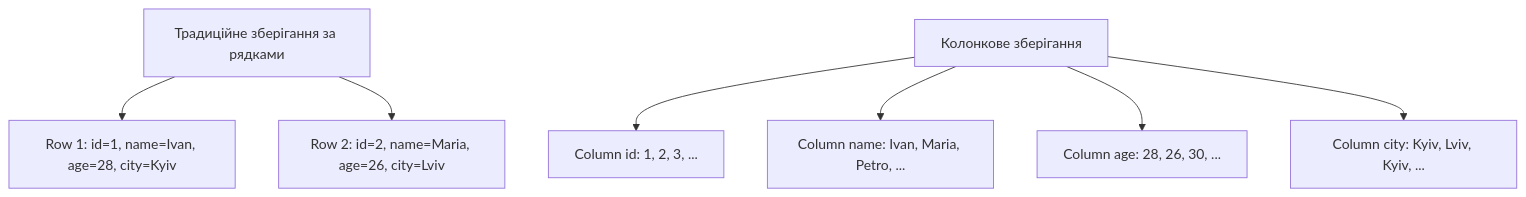
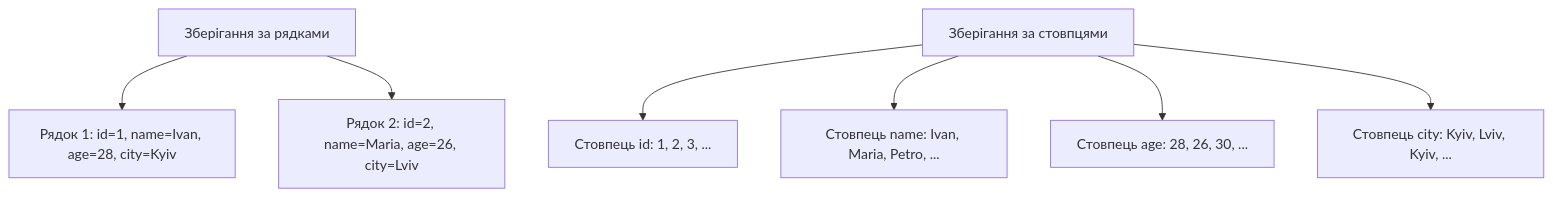
The fifth of 7 diagrams in lectures/lecture-10.md (olroi421/course-opi-v2), drawn with Mermaid before and after one commit. The commit also changed other lines of this file and 10 other files, not shown here.

````diff
--- a/lectures/lecture-10.md
+++ b/lectures/lecture-10.md
@@ -329,10 +449,10 @@
 ```mermaid
 graph TB
-    A[Традиційне зберігання за рядками] --> B[Row 1: id=1, name=Ivan, age=28, city=Kyiv]
-    A --> C[Row 2: id=2, name=Maria, age=26, city=Lviv]
+    A["Зберігання за рядками"] --> B["Рядок 1: id=1, name=Ivan, age=28, city=Kyiv"]
+    A --> C["Рядок 2: id=2, name=Maria, age=26, city=Lviv"]
 
-    D[Колонкове зберігання] --> E[Column id: 1, 2, 3, ...]
-    D --> F[Column name: Ivan, Maria, Petro, ...]
-    D --> G[Column age: 28, 26, 30, ...]
-    D --> H[Column city: Kyiv, Lviv, Kyiv, ...]
+    D["Зберігання за стовпцями"] --> E["Стовпець id: 1, 2, 3, ..."]
+    D --> F["Стовпець name: Ivan, Maria, Petro, ..."]
+    D --> G["Стовпець age: 28, 26, 30, ..."]
+    D --> H["Стовпець city: Kyiv, Lviv, Kyiv, ..."]
 ```
````
